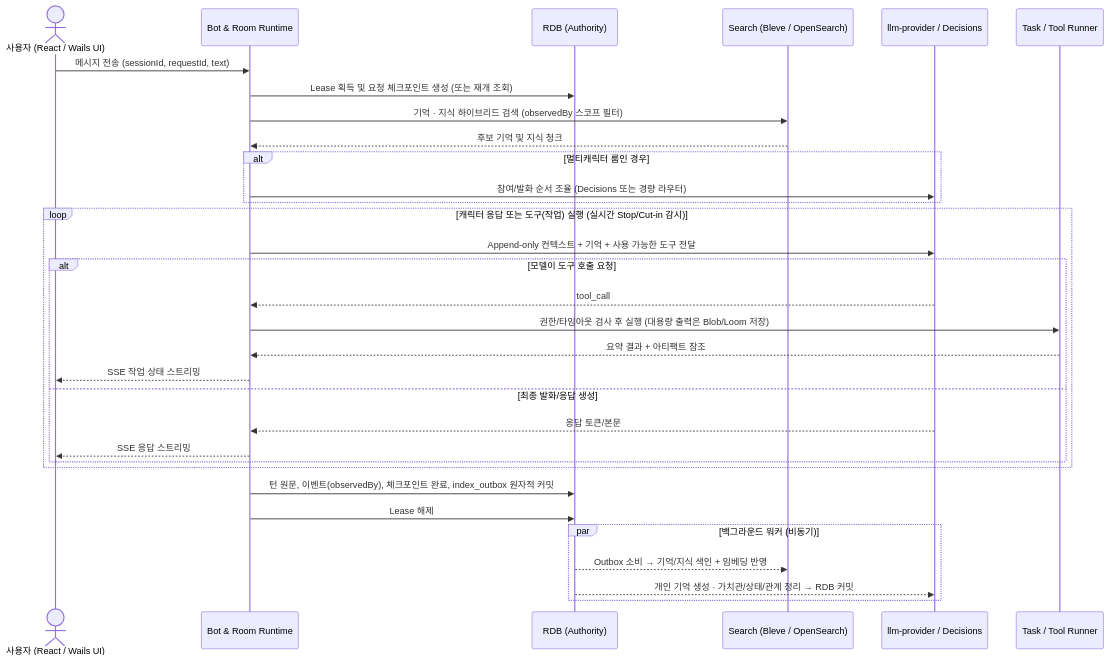
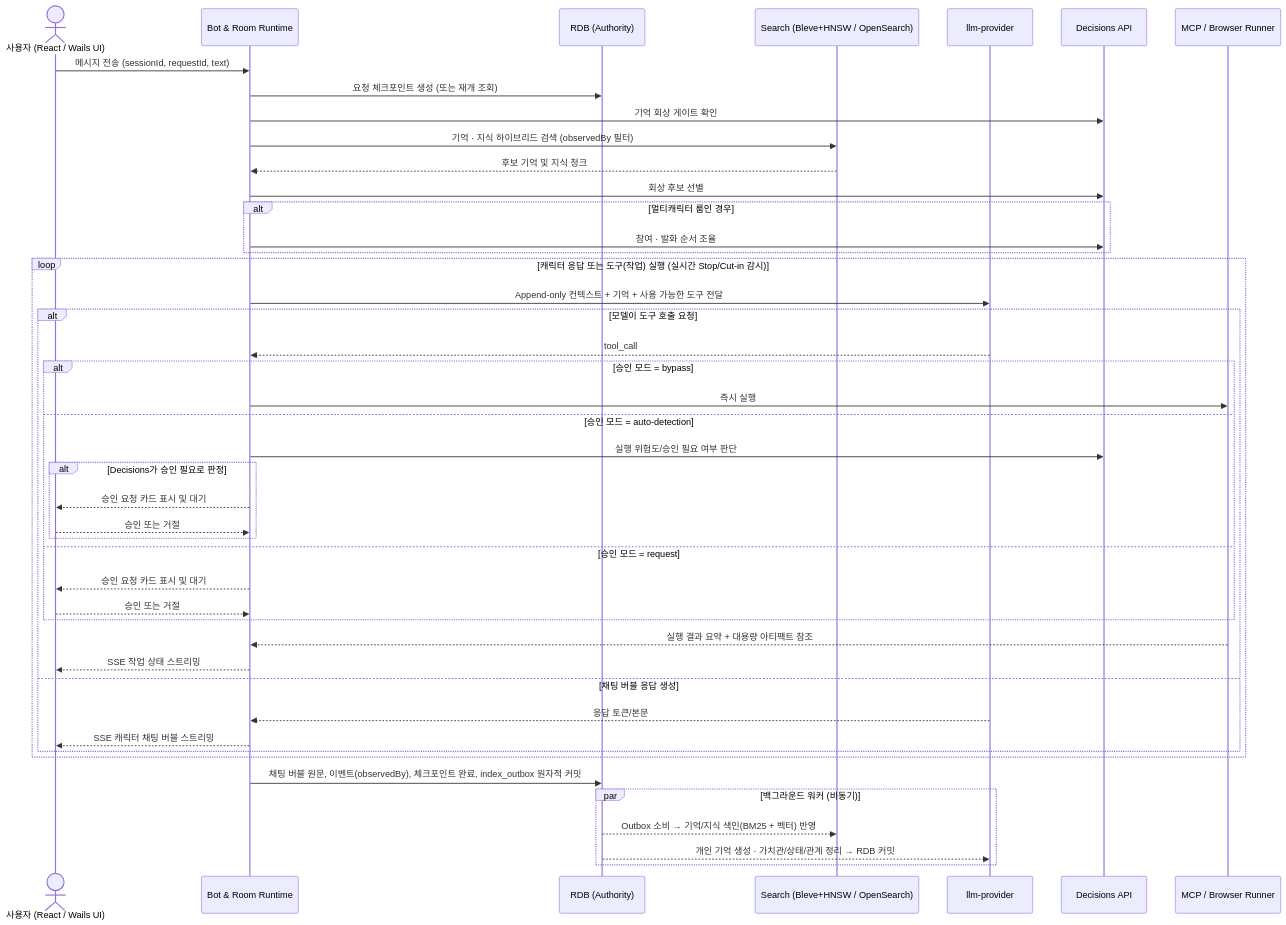
One commit to snowmerak/q changed the second of 3 diagrams in docs/blueprint.md. Above: the diagram before and after it, drawn with Mermaid. The commit also changed other lines of this file and 2 other files, not shown here.

Commit message:
docs(v2): record decisions on single-instance, Bleve+HNSW, chat bubbles, MCP/browser, and approval gate

````diff
--- a/docs/blueprint.md
+++ b/docs/blueprint.md
@@ -141,38 +148,51 @@
 ```mermaid
 sequenceDiagram
     actor User as 사용자 (React / Wails UI)
     participant RT as Bot & Room Runtime
     participant RDB as RDB (Authority)
-    participant Search as Search (Bleve / OpenSearch)
-    participant LLM as llm-provider / Decisions
-    participant Tool as Task / Tool Runner
+    participant Search as Search (Bleve+HNSW / OpenSearch)
+    participant LLM as llm-provider
+    participant Dec as Decisions API
+    participant Tool as MCP / Browser Runner
 
     User->>RT: 메시지 전송 (sessionId, requestId, text)
-    RT->>RDB: Lease 획득 및 요청 체크포인트 생성 (또는 재개 조회)
-    RT->>Search: 기억 · 지식 하이브리드 검색 (observedBy 스코프 필터)
+    RT->>RDB: 요청 체크포인트 생성 (또는 재개 조회)
+    RT->>Dec: 기억 회상 게이트 확인
+    RT->>Search: 기억 · 지식 하이브리드 검색 (observedBy 필터)
     Search-->>RT: 후보 기억 및 지식 청크
+    RT->>Dec: 회상 후보 선별
 
     alt 멀티캐릭터 룸인 경우
-        RT->>LLM: 참여/발화 순서 조율 (Decisions 또는 경량 라우터)
+        RT->>Dec: 참여 · 발화 순서 조율
     end
 
     loop 캐릭터 응답 또는 도구(작업) 실행 (실시간 Stop/Cut-in 감시)
         RT->>LLM: Append-only 컨텍스트 + 기억 + 사용 가능한 도구 전달
         alt 모델이 도구 호출 요청
             LLM-->>RT: tool_call
-            RT->>Tool: 권한/타임아웃 검사 후 실행 (대용량 출력은 Blob/Loom 저장)
-            Tool-->>RT: 요약 결과 + 아티팩트 참조
+            alt 승인 모드 = bypass
+                RT->>Tool: 즉시 실행
+            else 승인 모드 = auto-detection
+                RT->>Dec: 실행 위험도/승인 필요 여부 판단
+                alt Decisions가 승인 필요로 판정
+                    RT-->>User: 승인 요청 카드 표시 및 대기
+                    User-->>RT: 승인 또는 거절
+                end
+            else 승인 모드 = request
+                RT-->>User: 승인 요청 카드 표시 및 대기
+                User-->>RT: 승인 또는 거절
+            end
+            Tool-->>RT: 실행 결과 요약 + 대용량 아티팩트 참조
             RT-->>User: SSE 작업 상태 스트리밍
-        else 최종 발화/응답 생성
+        else 채팅 버블 응답 생성
             LLM-->>RT: 응답 토큰/본문
-            RT-->>User: SSE 응답 스트리밍
+            RT-->>User: SSE 캐릭터 채팅 버블 스트리밍
         end
     end
 
-    RT->>RDB: 턴 원문, 이벤트(observedBy), 체크포인트 완료, index_outbox 원자적 커밋
-    RT->>RDB: Lease 해제
+    RT->>RDB: 채팅 버블 원문, 이벤트(observedBy), 체크포인트 완료, index_outbox 원자적 커밋
     par 백그라운드 워커 (비동기)
-        RDB-->>Search: Outbox 소비 → 기억/지식 색인 + 임베딩 반영
+        RDB-->>Search: Outbox 소비 → 기억/지식 색인(BM25 + 벡터) 반영
         RDB-->>LLM: 개인 기억 생성 · 가치관/상태/관계 정리 → RDB 커밋
     end
 ```
````
